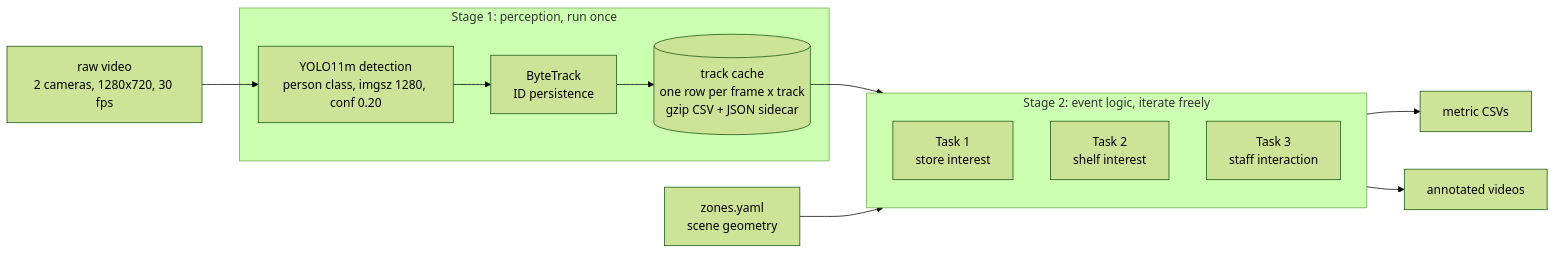
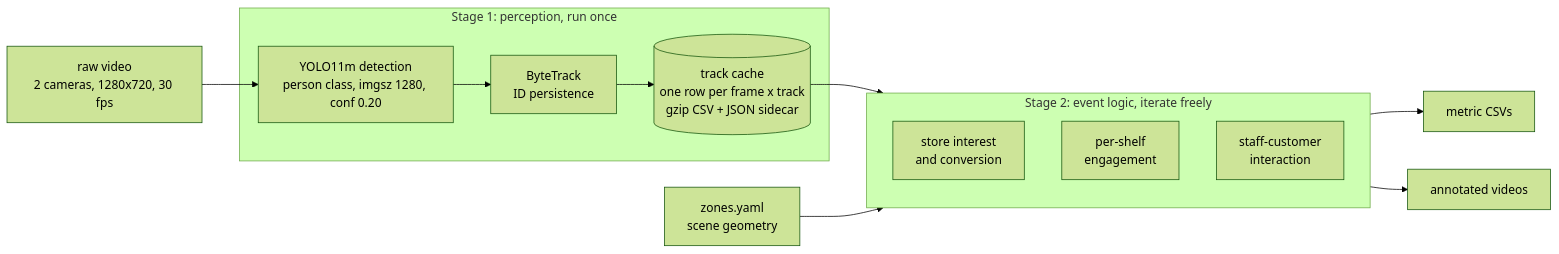
One commit to robiriu/robiriu.github.io changed the diagram in docs/projects/retail-video-analytics.md. Above: the diagram before and after it, drawn with Mermaid (forest theme). The commit also changed other lines of this file and 1 other file, not shown here.

````diff
--- a/docs/projects/retail-video-analytics.md
+++ b/docs/projects/retail-video-analytics.md
@@ -39,17 +39,17 @@
 ```mermaid
 flowchart LR
     V["raw video<br/>2 cameras, 1280x720, 30 fps"] --> D
     subgraph S1["Stage 1: perception, run once"]
         D["YOLO11m detection<br/>person class, imgsz 1280, conf 0.20"] --> T["ByteTrack<br/>ID persistence"]
         T --> C[("track cache<br/>one row per frame x track<br/>gzip CSV + JSON sidecar")]
     end
     C --> S2
     Z["zones.yaml<br/>scene geometry"] --> S2
     subgraph S2["Stage 2: event logic, iterate freely"]
-        T1["Task 1<br/>store interest"]
-        T2["Task 2<br/>shelf interest"]
-        T3["Task 3<br/>staff interaction"]
+        T1["store interest<br/>and conversion"]
+        T2["per-shelf<br/>engagement"]
+        T3["staff-customer<br/>interaction"]
     end
     S2 --> M["metric CSVs"]
     S2 --> R["annotated videos"]
 ```
````
